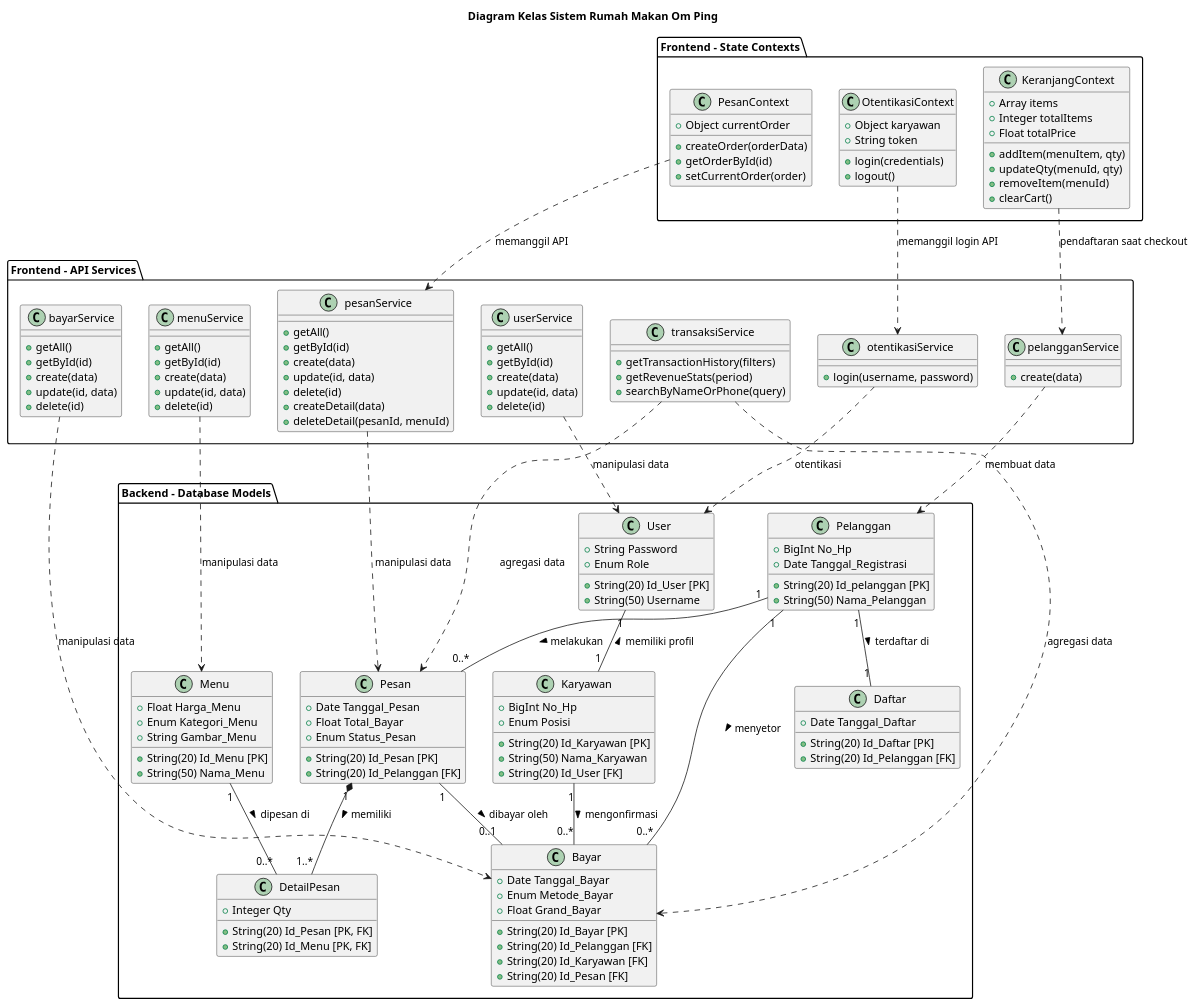
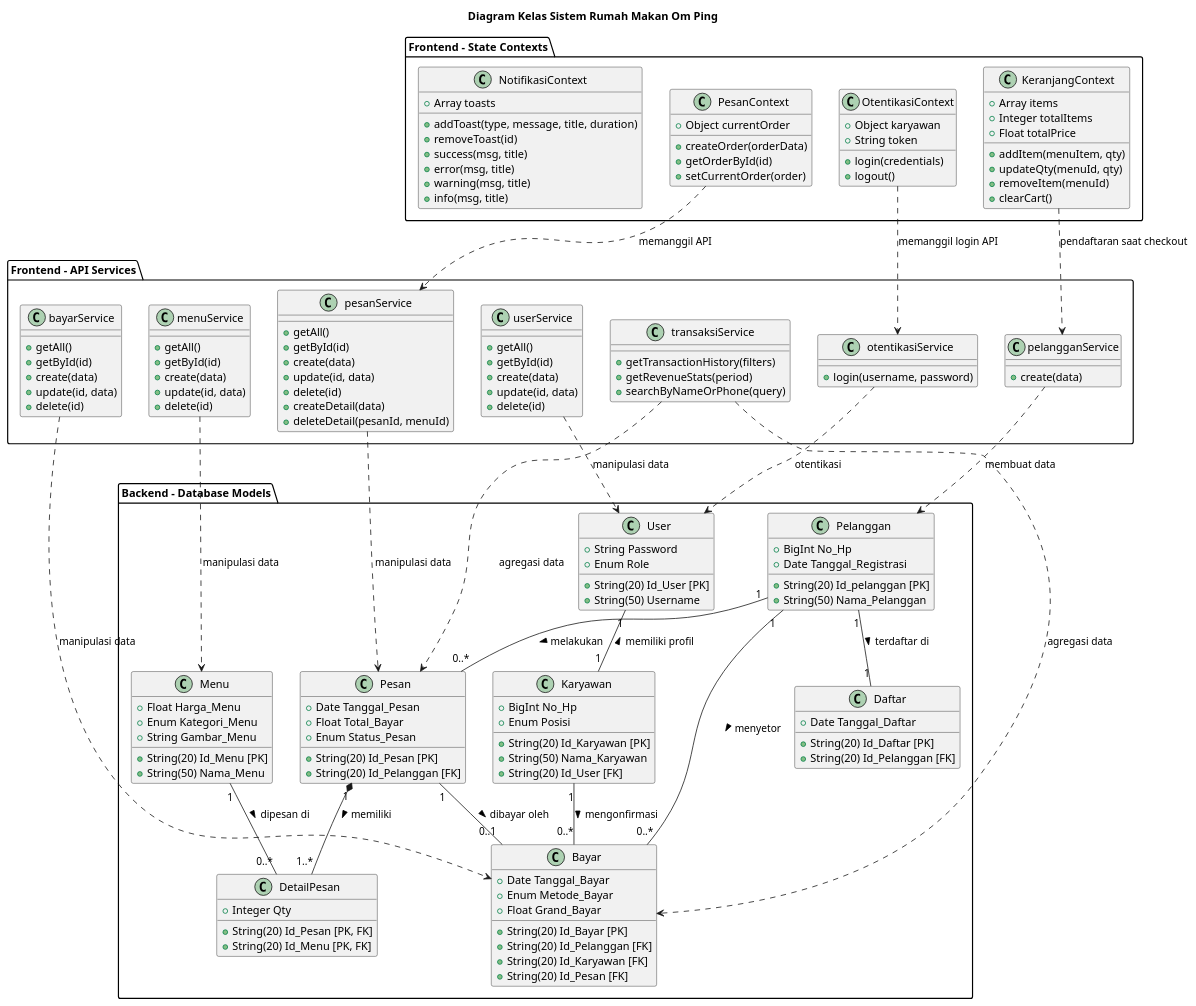
One commit to rakhafauh/RumahMakanOmPing changed the first of 2 diagrams in class_diagram.md. Above: the diagram before and after it, drawn with PlantUML. The commit also changed other lines of this file, not shown here.

Commit message:
docs: add NotifikasiContext to class diagram

```diff
--- a/class_diagram.md
+++ b/class_diagram.md
@@ -115,6 +115,16 @@
         + getOrderById(id)
         + setCurrentOrder(order)
     }
+
+    class NotifikasiContext {
+        + Array toasts
+        + addToast(type, message, title, duration)
+        + removeToast(id)
+        + success(msg, title)
+        + error(msg, title)
+        + warning(msg, title)
+        + info(msg, title)
+    }
 }
 
 package "Frontend - API Services" {
```
